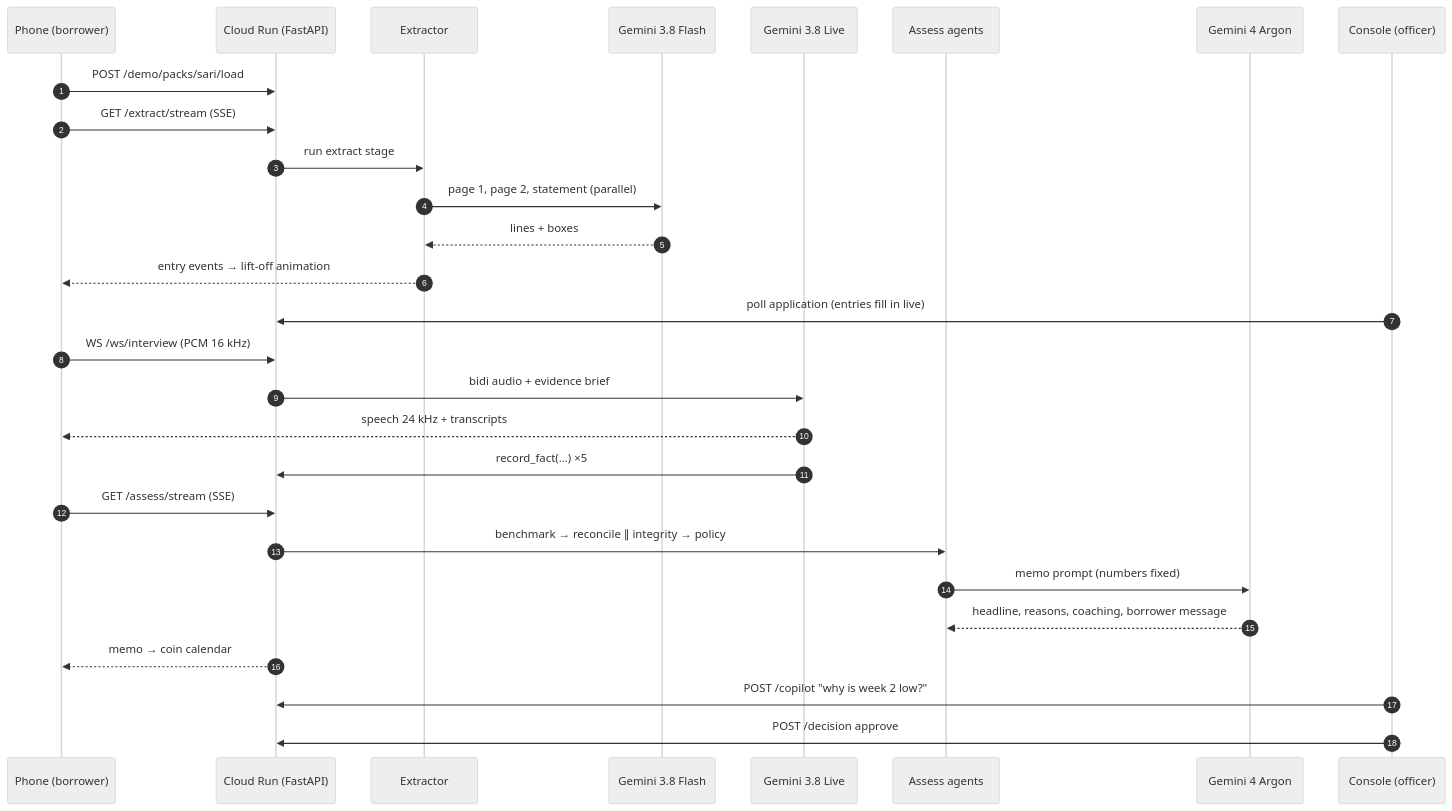
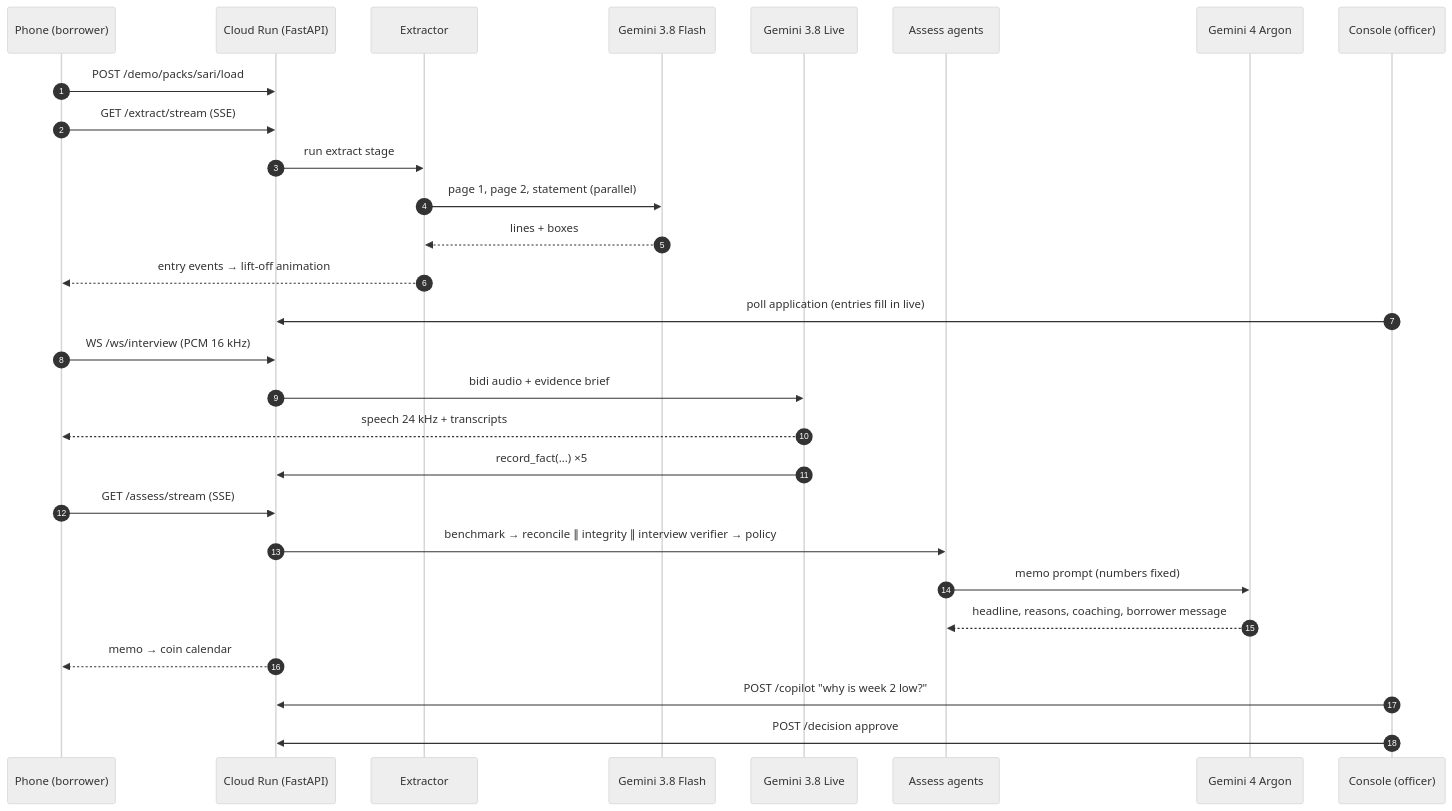
The sixth of 9 diagrams in docs/ARCHITECTURE.md (AgentsBakery/Bukti), drawn with Mermaid (neutral theme) before and after one commit. The commit also changed other lines of this file and 14 other files, not shown here.

````diff
--- a/docs/ARCHITECTURE.md
+++ b/docs/ARCHITECTURE.md
@@ -186,30 +188,30 @@
 ```mermaid
 sequenceDiagram
   autonumber
   participant P as Phone (borrower)
   participant API as Cloud Run (FastAPI)
   participant X as Extractor
   participant G as Gemini 3.8 Flash
   participant L as Gemini 3.8 Live
   participant A as Assess agents
   participant R as Gemini 4 Argon
   participant C as Console (officer)
   P->>API: POST /demo/packs/sari/load
   P->>API: GET /extract/stream (SSE)
   API->>X: run extract stage
   X->>G: page 1, page 2, statement (parallel)
   G-->>X: lines + boxes
   X-->>P: entry events → lift-off animation
   C->>API: poll application (entries fill in live)
   P->>API: WS /ws/interview (PCM 16 kHz)
   API->>L: bidi audio + evidence brief
   L-->>P: speech 24 kHz + transcripts
   L->>API: record_fact(...) ×5
   P->>API: GET /assess/stream (SSE)
-  API->>A: benchmark → reconcile ∥ integrity → policy
+  API->>A: benchmark → reconcile ∥ integrity ∥ interview verifier → policy
   A->>R: memo prompt (numbers fixed)
   R-->>A: headline, reasons, coaching, borrower message
   API-->>P: memo → coin calendar
   C->>API: POST /copilot "why is week 2 low?"
   C->>API: POST /decision approve
 ```
````
